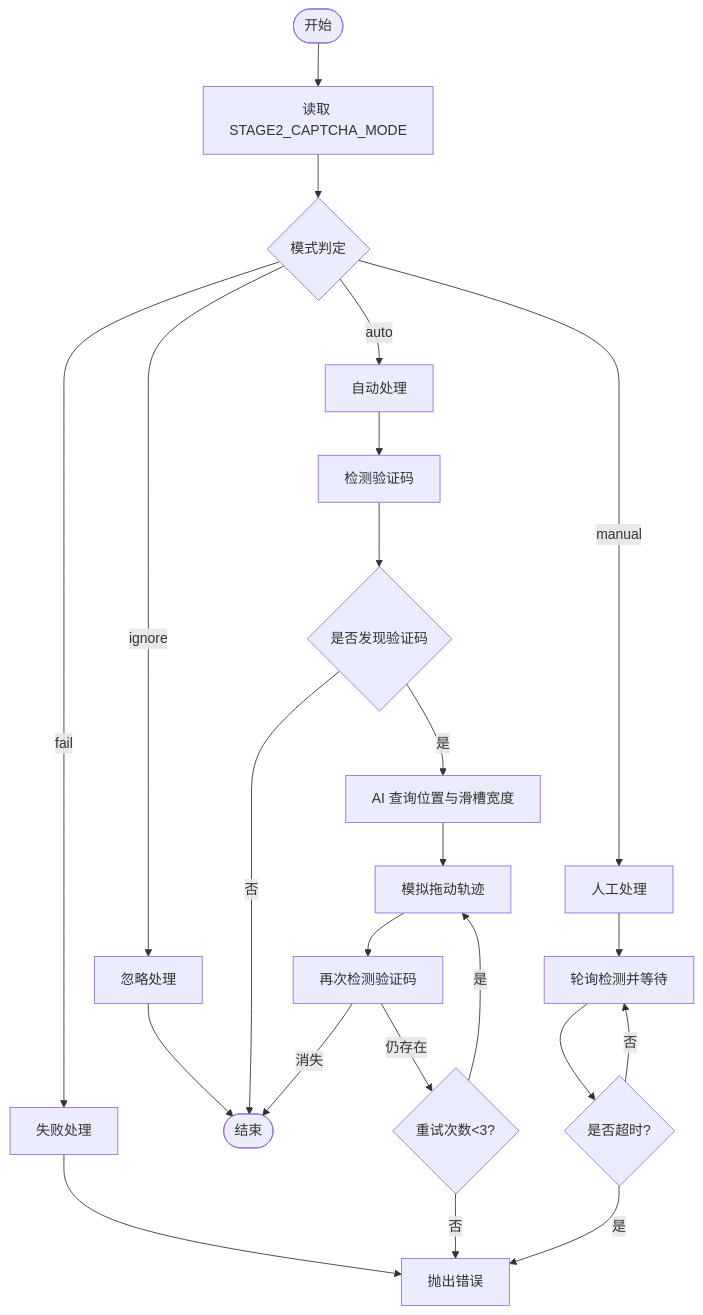
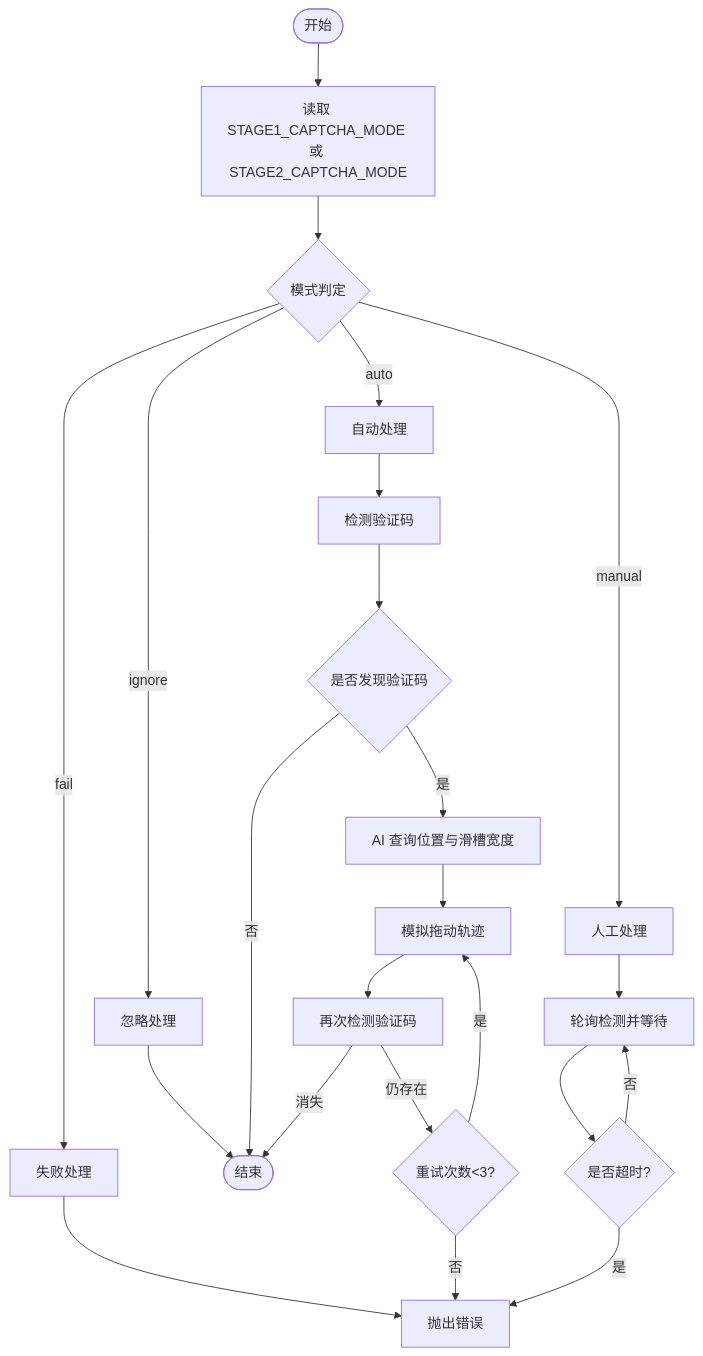
The third of 6 diagrams in .qoder/repowiki/zh/content/验证码处理.md (Jiane-EJ/playwright-mind), drawn with Mermaid before and after one commit. The commit also changed other lines of this file and 5 other files, not shown here.

````diff
--- a/.qoder/repowiki/zh/content/验证码处理.md
+++ b/.qoder/repowiki/zh/content/验证码处理.md
@@ -198,25 +205,25 @@
 ```mermaid
 flowchart TD
-Start(["开始"]) --> ReadMode["读取 STAGE2_CAPTCHA_MODE"]
+Start(["开始"]) --> ReadMode["读取 STAGE1_CAPTCHA_MODE 或 STAGE2_CAPTCHA_MODE"]
 ReadMode --> Mode{"模式判定"}
 Mode --> |auto| Auto["自动处理"]
 Mode --> |manual| Manual["人工处理"]
 Mode --> |fail| Fail["失败处理"]
 Mode --> |ignore| Ignore["忽略处理"]
 Auto --> Detect["检测验证码"]
 Manual --> WaitLoop["轮询检测并等待"]
 Fail --> ThrowErr["抛出错误"]
 Ignore --> End(["结束"])
 Detect --> Found{"是否发现验证码"}
 Found --> |否| End
 Found --> |是| Solve["AI 查询位置与滑槽宽度"]
 Solve --> Drag["模拟拖动轨迹"]
 Drag --> Verify["再次检测验证码"]
 Verify --> |消失| End
 Verify --> |仍存在| Retry{"重试次数<3?"}
 Retry --> |是| Drag
 Retry --> |否| ThrowErr
 WaitLoop --> Timeout{"是否超时?"}
 Timeout --> |否| WaitLoop
 Timeout --> |是| ThrowErr
 ```
````
